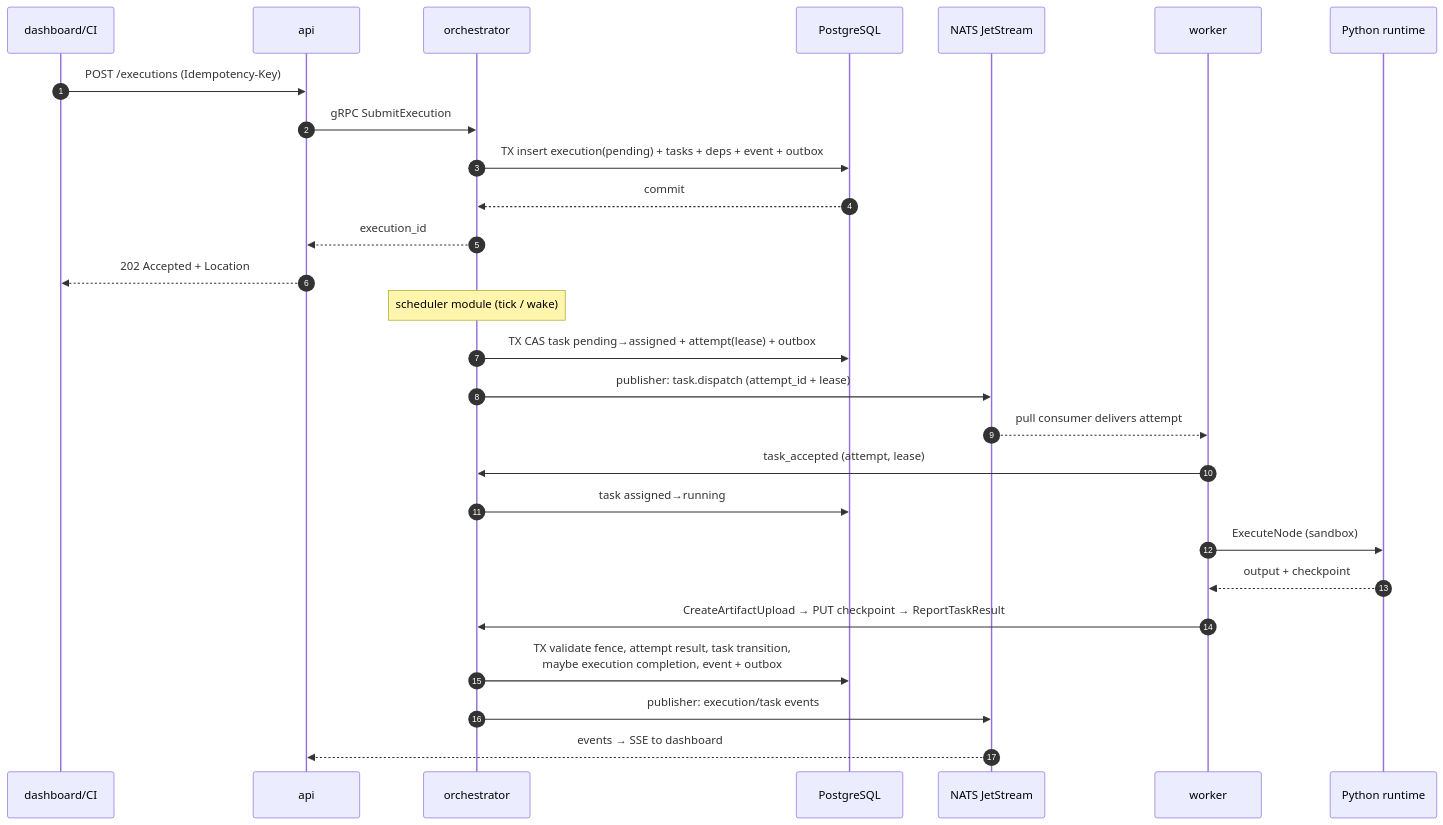
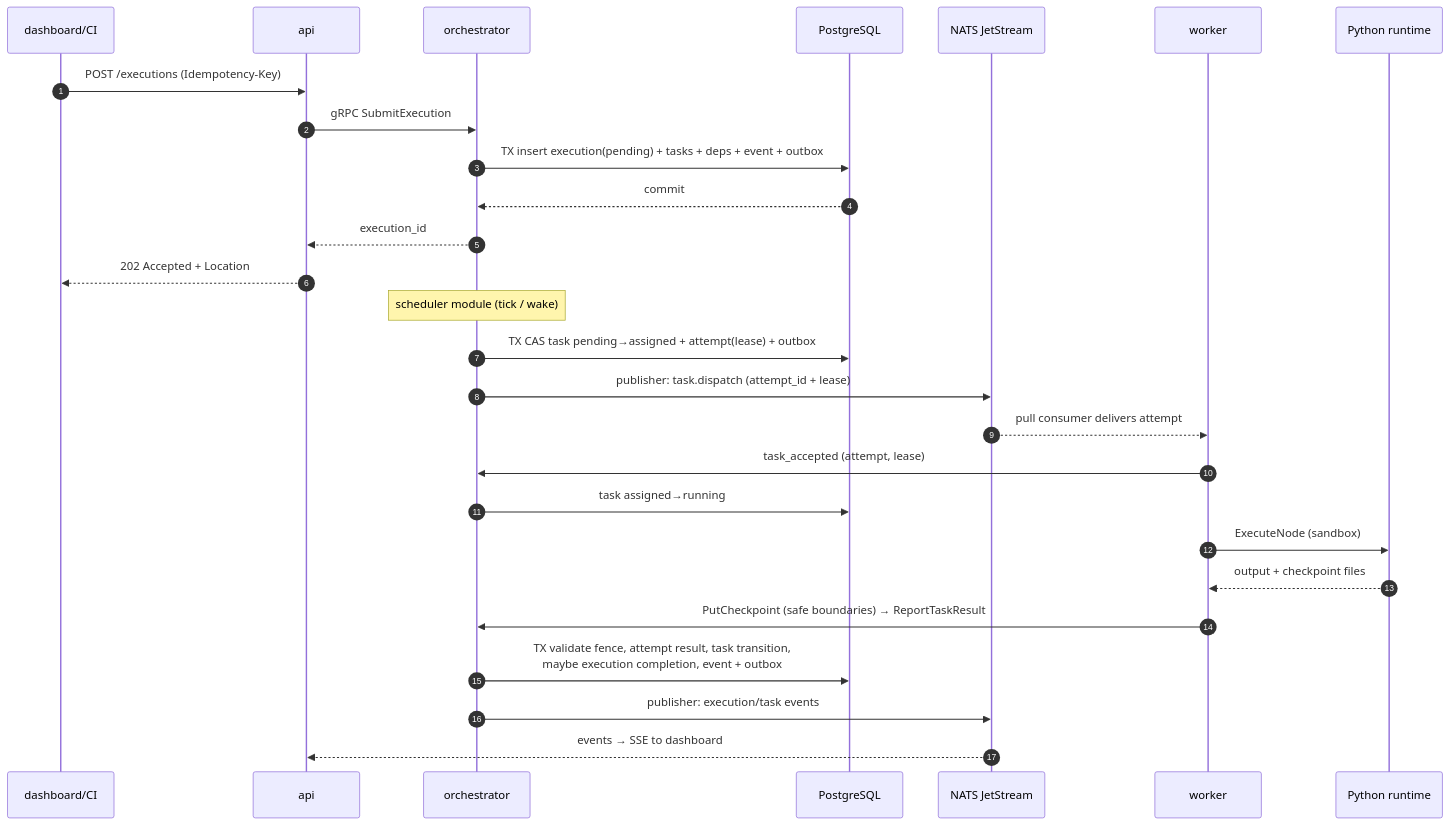
The third of 3 diagrams in docs/architecture.md (kushalsrinivas/agent-platform), drawn with Mermaid before and after one commit. The commit also changed other lines of this file and 78 other files, not shown here.

````diff
--- a/docs/architecture.md
+++ b/docs/architecture.md
@@ -179,31 +179,31 @@
 ```mermaid
 sequenceDiagram
   autonumber
   participant D as dashboard/CI
   participant A as api
   participant O as orchestrator
   participant P as PostgreSQL
   participant N as NATS JetStream
   participant W as worker
   participant R as Python runtime
 
   D->>A: POST /executions (Idempotency-Key)
   A->>O: gRPC SubmitExecution
   O->>P: TX insert execution(pending) + tasks + deps + event + outbox
   P-->>O: commit
   O-->>A: execution_id
   A-->>D: 202 Accepted + Location
 
   Note over O: scheduler module (tick / wake)
   O->>P: TX CAS task pending→assigned + attempt(lease) + outbox
   O->>N: publisher: task.dispatch (attempt_id + lease)
   N-->>W: pull consumer delivers attempt
   W->>O: task_accepted (attempt, lease)
   O->>P: task assigned→running
   W->>R: ExecuteNode (sandbox)
-  R-->>W: output + checkpoint
-  W->>O: CreateArtifactUpload → PUT checkpoint → ReportTaskResult
+  R-->>W: output + checkpoint files
+  W->>O: PutCheckpoint (safe boundaries) → ReportTaskResult
   O->>P: TX validate fence, attempt result, task transition,<br/>maybe execution completion, event + outbox
   O->>N: publisher: execution/task events
   N-->>A: events → SSE to dashboard
 ```
````
